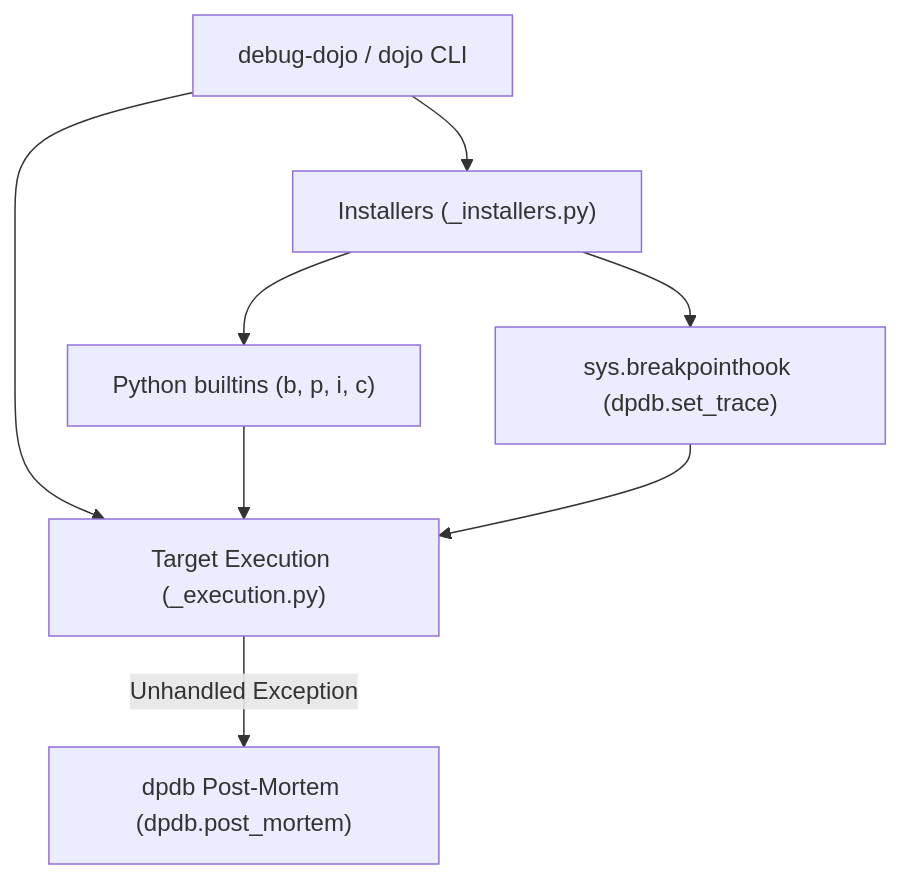
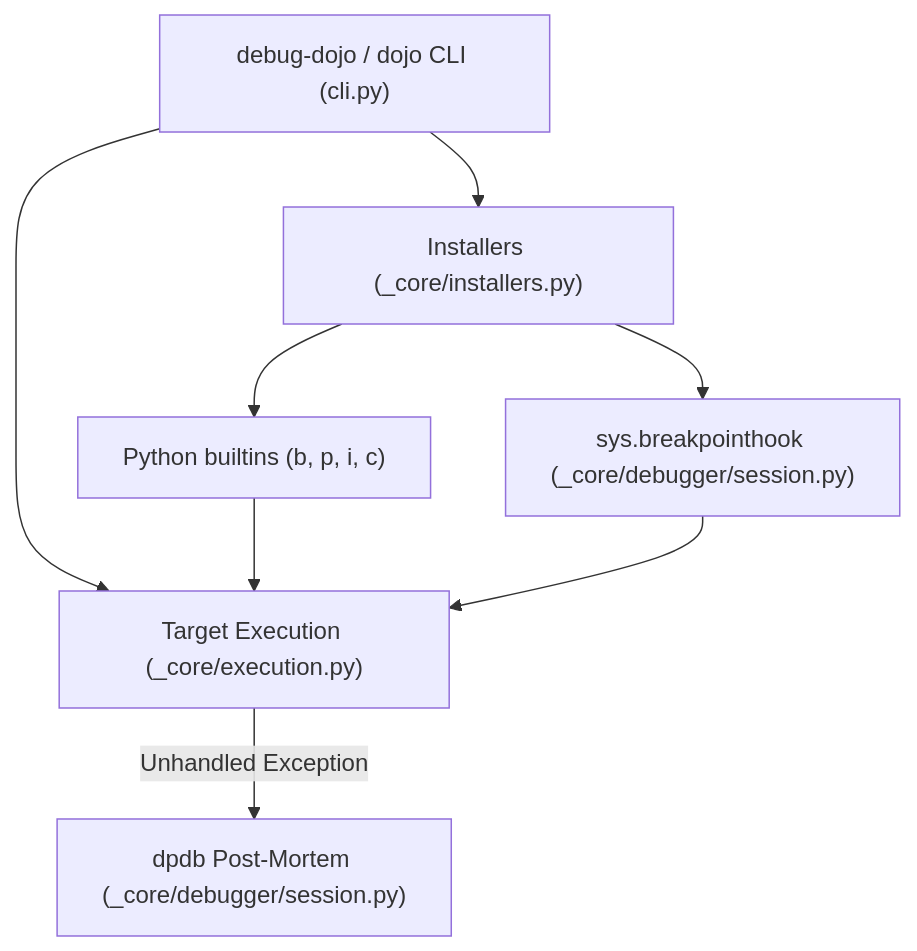
Before and after one commit to bwrob/debug-dojo: the first of 3 diagrams in docs/getting-started.md, drawn with Mermaid. The commit also changed other lines of this file and 4 other files, not shown here.

First line of the commit message:
docs: refresh outdated cli options, architecture references, and api docs (#151)

````diff
--- a/docs/getting-started.md
+++ b/docs/getting-started.md
@@ -153,10 +156,10 @@
 ```mermaid
 flowchart TD
-    CLI["debug-dojo / dojo CLI"] --> INSTALLER["Installers (_installers.py)"]
+    CLI["debug-dojo / dojo CLI (cli.py)"] --> INSTALLER["Installers (_core/installers.py)"]
     INSTALLER --> BUILTINS["Python builtins (b, p, i, c)"]
-    INSTALLER --> HOOK["sys.breakpointhook (dpdb.set_trace)"]
-    CLI --> EXEC["Target Execution (_execution.py)"]
+    INSTALLER --> HOOK["sys.breakpointhook (_core/debugger/session.py)"]
+    CLI --> EXEC["Target Execution (_core/execution.py)"]
     BUILTINS --> EXEC
     HOOK --> EXEC
-    EXEC -->|Unhandled Exception| PM["dpdb Post-Mortem (dpdb.post_mortem)"]
+    EXEC -->|Unhandled Exception| PM["dpdb Post-Mortem (_core/debugger/session.py)"]
 ```
````
